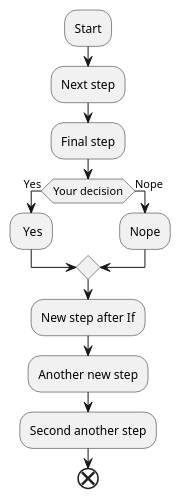
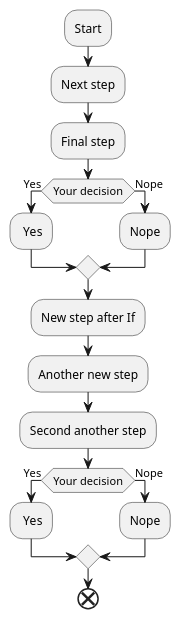
One commit to Stanyslav25/Plant_Uml_VCS changed the diagram in Diagram/Diagramm.puml. Above: the diagram before and after it, drawn with PlantUML.

Commit message:
New if block

```diff
--- a/Diagram/Diagramm.puml
+++ b/Diagram/Diagramm.puml
@@ -1,14 +1,19 @@
 @startuml
 :Start;
 :Next step;
 :Final step;
 if (Your decision) then (Yes)
 : Yes;
 else (Nope)
 :Nope;
 endIf
 :New step after If;
 :Another new step;
 :Second another step;
+if (Your decision) then (Yes)
+: Yes;
+else (Nope)
+:Nope;
+endIf
 end
 @enduml
```
